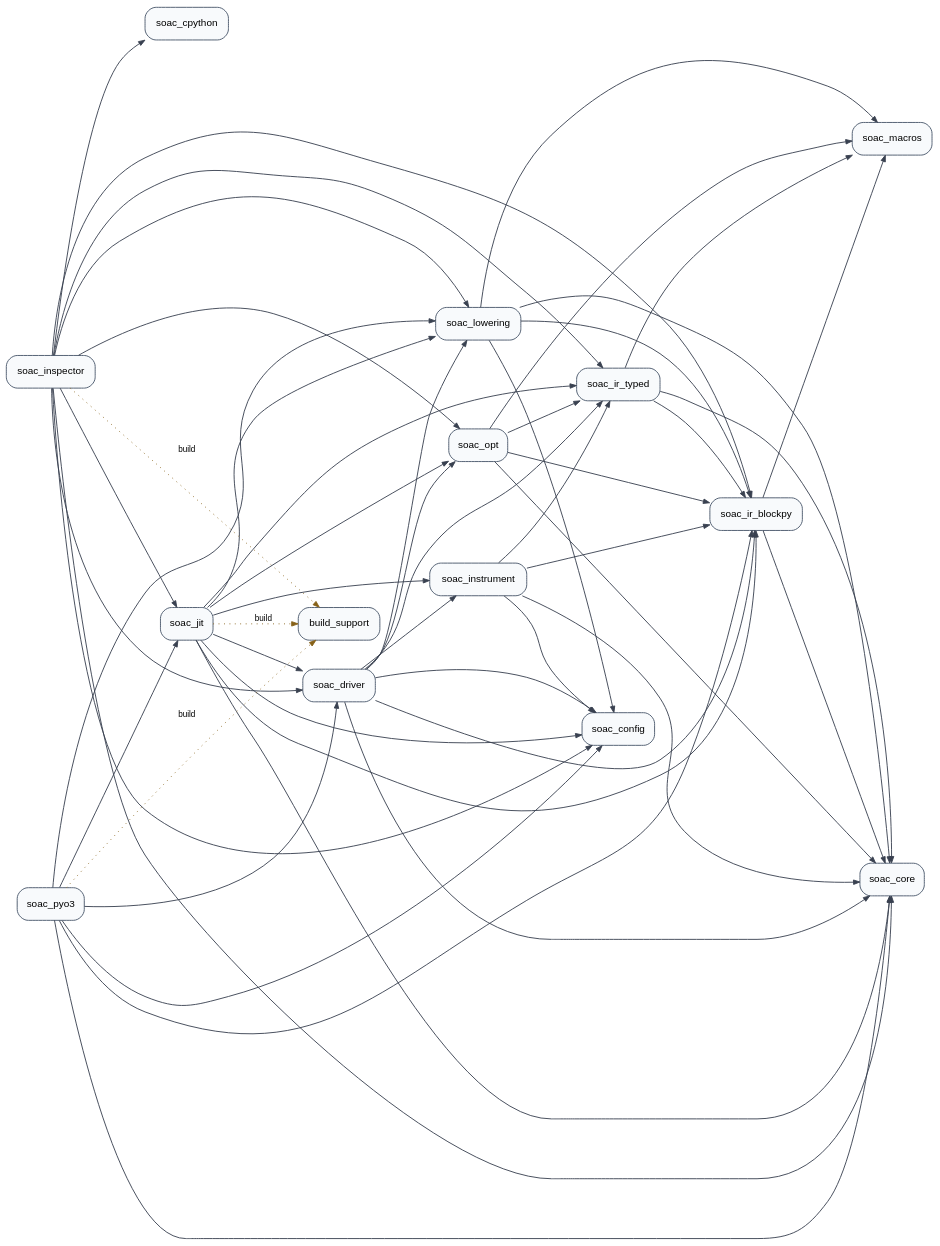
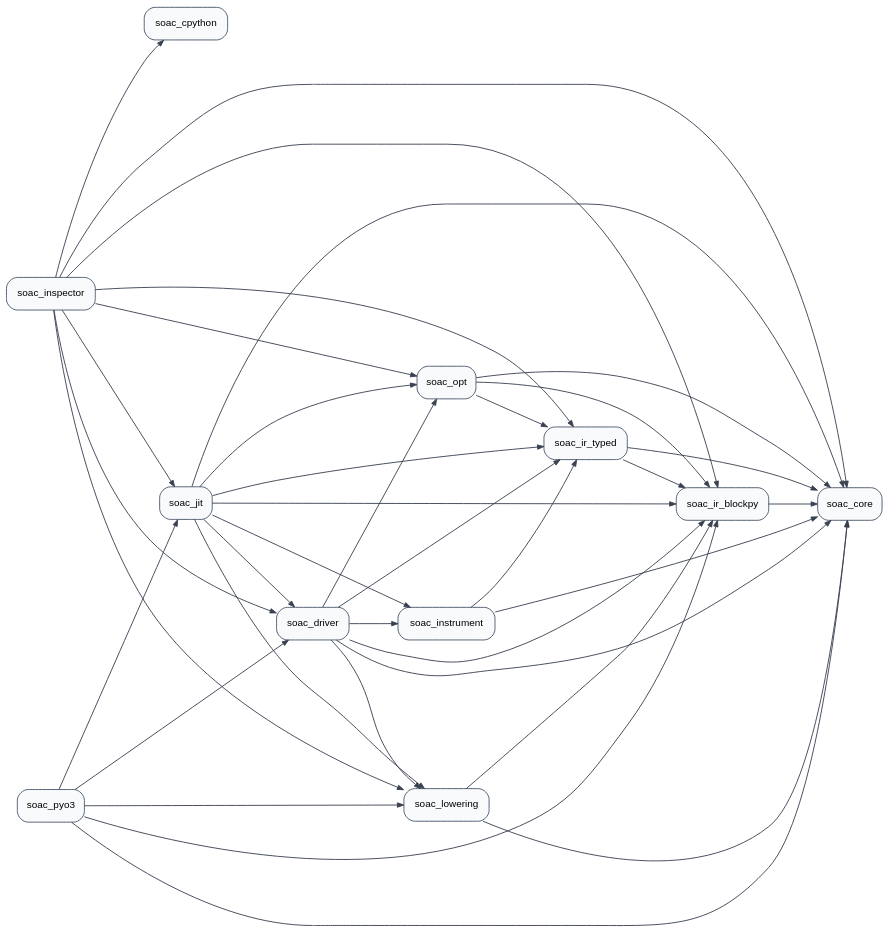
The diagram in doc/crate_dependencies.dot (ahupp/soac), drawn with Graphviz before and after one commit. The commit also changed 84 other files, not shown here.

```diff
--- a/doc/crate_dependencies.dot
+++ b/doc/crate_dependencies.dot
@@ -1,72 +1,55 @@
 // Generated by .codex/skills/soac-selfdoc/scripts/crate_dependency_graph.py
 digraph soac_crate_dependencies {
   graph [rankdir=LR, bgcolor="transparent", pad="0.25", nodesep="0.45", ranksep="0.75"];
   node [shape=box, style="rounded,filled", fillcolor="#f8fafc", color="#475569", fontname="Helvetica", fontsize=11];
   edge [fontname="Helvetica", fontsize=9, arrowsize=0.7];
 
-  "build_support" [label="build_support", tooltip="crates/build_support"];
-  "soac_config" [label="soac_config", tooltip="crates/soac_config"];
   "soac_core" [label="soac_core", tooltip="crates/soac_core"];
   "soac_cpython" [label="soac_cpython", tooltip="crates/soac_cpython"];
   "soac_driver" [label="soac_driver", tooltip="crates/soac_driver"];
   "soac_inspector" [label="soac_inspector", tooltip="crates/soac_inspector"];
   "soac_instrument" [label="soac_instrument", tooltip="crates/soac_instrument"];
   "soac_ir_blockpy" [label="soac_ir_blockpy", tooltip="crates/soac_ir_blockpy"];
   "soac_ir_typed" [label="soac_ir_typed", tooltip="crates/soac_ir_typed"];
   "soac_jit" [label="soac_jit", tooltip="crates/soac_jit"];
   "soac_lowering" [label="soac_lowering", tooltip="crates/soac_lowering"];
-  "soac_macros" [label="soac_macros", tooltip="crates/soac_macros"];
   "soac_opt" [label="soac_opt", tooltip="crates/soac_opt"];
   "soac_pyo3" [label="soac_pyo3", tooltip="crates/soac_pyo3"];
 
-  "soac_driver" -> "soac_config" [color="#394150"];
   "soac_driver" -> "soac_core" [color="#394150"];
   "soac_driver" -> "soac_instrument" [color="#394150"];
   "soac_driver" -> "soac_ir_blockpy" [color="#394150"];
   "soac_driver" -> "soac_ir_typed" [color="#394150"];
   "soac_driver" -> "soac_lowering" [color="#394150"];
   "soac_driver" -> "soac_opt" [color="#394150"];
-  "soac_inspector" -> "build_support" [color="#866118", style=dotted, label="build"];
-  "soac_inspector" -> "soac_config" [color="#394150"];
   "soac_inspector" -> "soac_core" [color="#394150"];
   "soac_inspector" -> "soac_cpython" [color="#394150"];
   "soac_inspector" -> "soac_driver" [color="#394150"];
   "soac_inspector" -> "soac_ir_blockpy" [color="#394150"];
   "soac_inspector" -> "soac_ir_typed" [color="#394150"];
   "soac_inspector" -> "soac_jit" [color="#394150"];
   "soac_inspector" -> "soac_lowering" [color="#394150"];
   "soac_inspector" -> "soac_opt" [color="#394150"];
-  "soac_instrument" -> "soac_config" [color="#394150"];
   "soac_instrument" -> "soac_core" [color="#394150"];
-  "soac_instrument" -> "soac_ir_blockpy" [color="#394150"];
   "soac_instrument" -> "soac_ir_typed" [color="#394150"];
   "soac_ir_blockpy" -> "soac_core" [color="#394150"];
-  "soac_ir_blockpy" -> "soac_macros" [color="#394150"];
   "soac_ir_typed" -> "soac_core" [color="#394150"];
   "soac_ir_typed" -> "soac_ir_blockpy" [color="#394150"];
-  "soac_ir_typed" -> "soac_macros" [color="#394150"];
-  "soac_jit" -> "build_support" [color="#866118", style=dotted, label="build"];
-  "soac_jit" -> "soac_config" [color="#394150"];
   "soac_jit" -> "soac_core" [color="#394150"];
   "soac_jit" -> "soac_driver" [color="#394150"];
   "soac_jit" -> "soac_instrument" [color="#394150"];
   "soac_jit" -> "soac_ir_blockpy" [color="#394150"];
   "soac_jit" -> "soac_ir_typed" [color="#394150"];
   "soac_jit" -> "soac_lowering" [color="#394150"];
   "soac_jit" -> "soac_opt" [color="#394150"];
-  "soac_lowering" -> "soac_config" [color="#394150"];
   "soac_lowering" -> "soac_core" [color="#394150"];
   "soac_lowering" -> "soac_ir_blockpy" [color="#394150"];
-  "soac_lowering" -> "soac_macros" [color="#394150"];
   "soac_opt" -> "soac_core" [color="#394150"];
   "soac_opt" -> "soac_ir_blockpy" [color="#394150"];
   "soac_opt" -> "soac_ir_typed" [color="#394150"];
-  "soac_opt" -> "soac_macros" [color="#394150"];
-  "soac_pyo3" -> "build_support" [color="#866118", style=dotted, label="build"];
-  "soac_pyo3" -> "soac_config" [color="#394150"];
   "soac_pyo3" -> "soac_core" [color="#394150"];
   "soac_pyo3" -> "soac_driver" [color="#394150"];
   "soac_pyo3" -> "soac_ir_blockpy" [color="#394150"];
   "soac_pyo3" -> "soac_jit" [color="#394150"];
   "soac_pyo3" -> "soac_lowering" [color="#394150"];
 }
```
